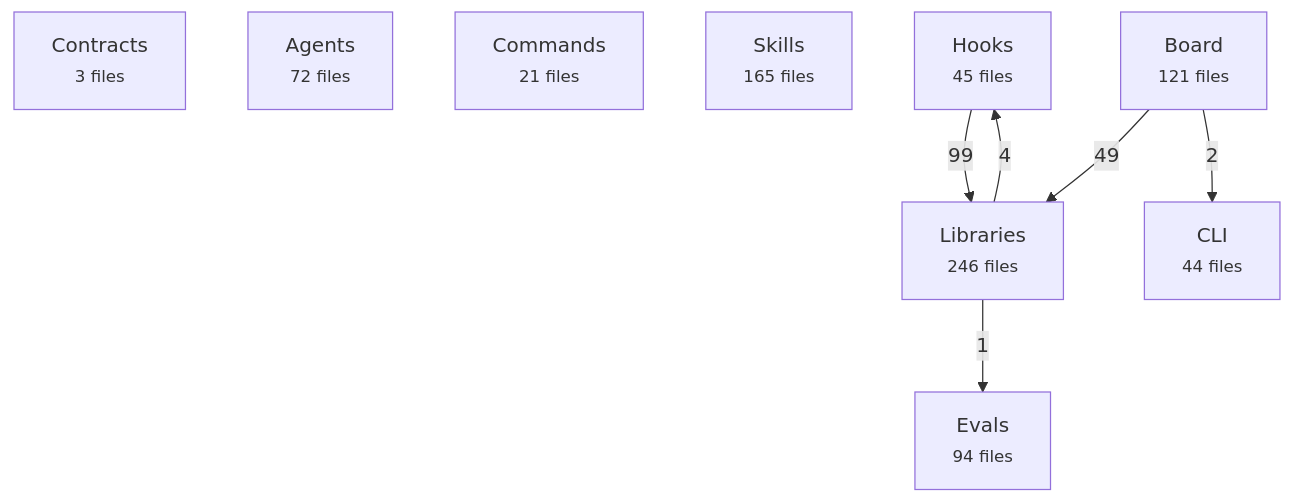
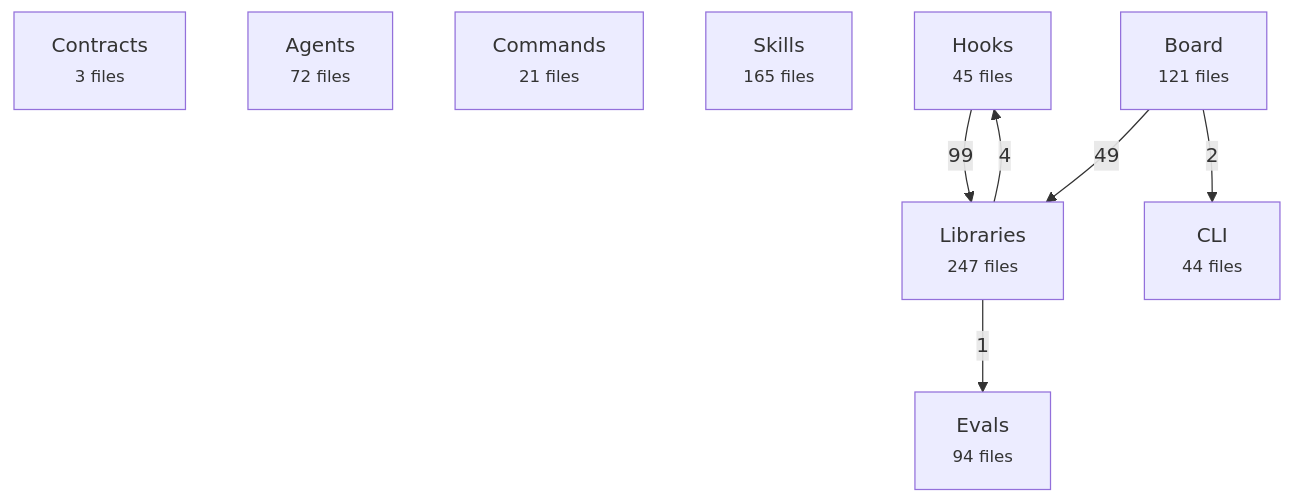
The first of 2 diagrams in docs/reference/architecture-map.md (avelikiy/great_cto), drawn with Mermaid before and after one commit. The commit also changed other lines of this file and 6 other files, not shown here.

````diff
--- a/docs/reference/architecture-map.md
+++ b/docs/reference/architecture-map.md
@@ -20,17 +20,17 @@
 ```mermaid
 flowchart TD
   contracts["Contracts<br/><small>3 files</small>"]
   agents["Agents<br/><small>72 files</small>"]
   commands["Commands<br/><small>21 files</small>"]
   skills["Skills<br/><small>165 files</small>"]
   hooks["Hooks<br/><small>45 files</small>"]
-  libs["Libraries<br/><small>246 files</small>"]
+  libs["Libraries<br/><small>247 files</small>"]
   board["Board<br/><small>121 files</small>"]
   cli["CLI<br/><small>44 files</small>"]
   evals["Evals<br/><small>94 files</small>"]
   hooks -->|99| libs
   board -->|49| libs
   libs -->|4| hooks
   board -->|2| cli
   libs -->|1| evals
 ```
````
